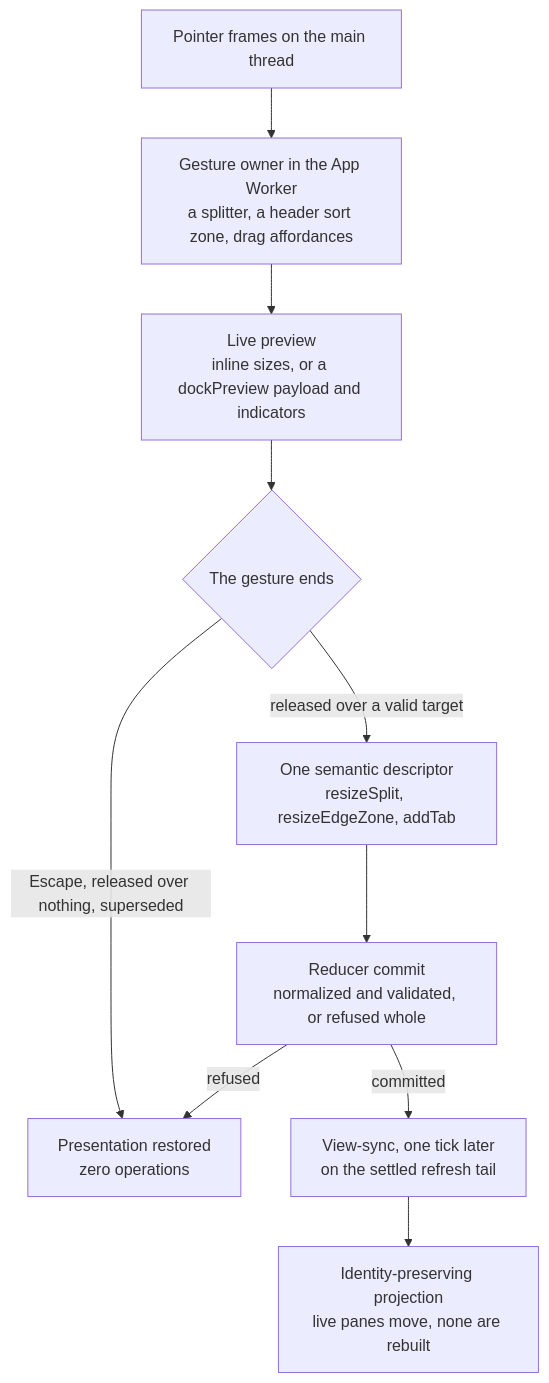
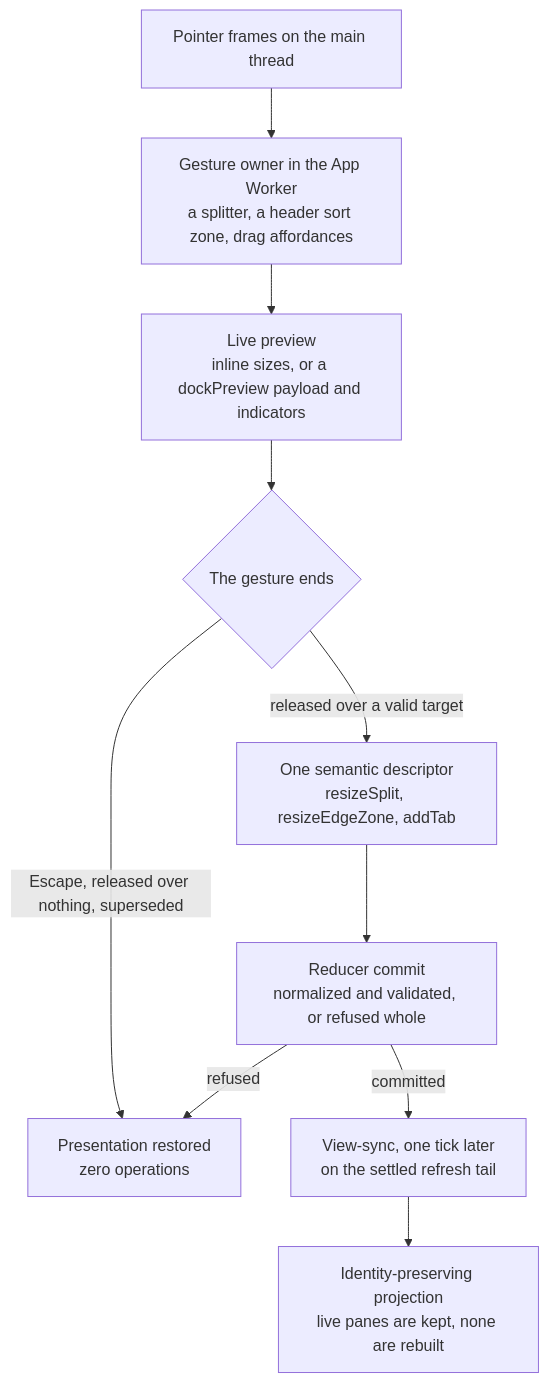
The diagram in learn/guides/uibuildingblocks/DockLayoutsMechanics.md (neomjs/neo), drawn with Mermaid before and after one commit. The commit also changed other lines of this file, not shown here.

First line of the commit message:
docs(dock): the mechanics guide tells the in-place projection from the staged one (#18031)

````diff
--- a/learn/guides/uibuildingblocks/DockLayoutsMechanics.md
+++ b/learn/guides/uibuildingblocks/DockLayoutsMechanics.md
@@ -23,12 +23,12 @@
 ```mermaid
 flowchart TD
     Pointer["Pointer frames on the main thread"] --> Owner["Gesture owner in the App Worker<br/>a splitter, a header sort zone, drag affordances"]
     Owner --> Preview["Live preview<br/>inline sizes, or a dockPreview payload and indicators"]
     Preview --> Ends{"The gesture ends"}
     Ends -->|"released over a valid target"| Descriptor["One semantic descriptor<br/>resizeSplit, resizeEdgeZone, addTab"]
     Ends -->|"Escape, released over nothing, superseded"| Restore["Presentation restored<br/>zero operations"]
     Descriptor --> Reducer["Reducer commit<br/>normalized and validated, or refused whole"]
     Reducer -->|"refused"| Restore
     Reducer -->|"committed"| Deferred["View-sync, one tick later<br/>on the settled refresh tail"]
-    Deferred --> Projection["Identity-preserving projection<br/>live panes move, none are rebuilt"]
+    Deferred --> Projection["Identity-preserving projection<br/>live panes are kept, none are rebuilt"]
 ```
````
